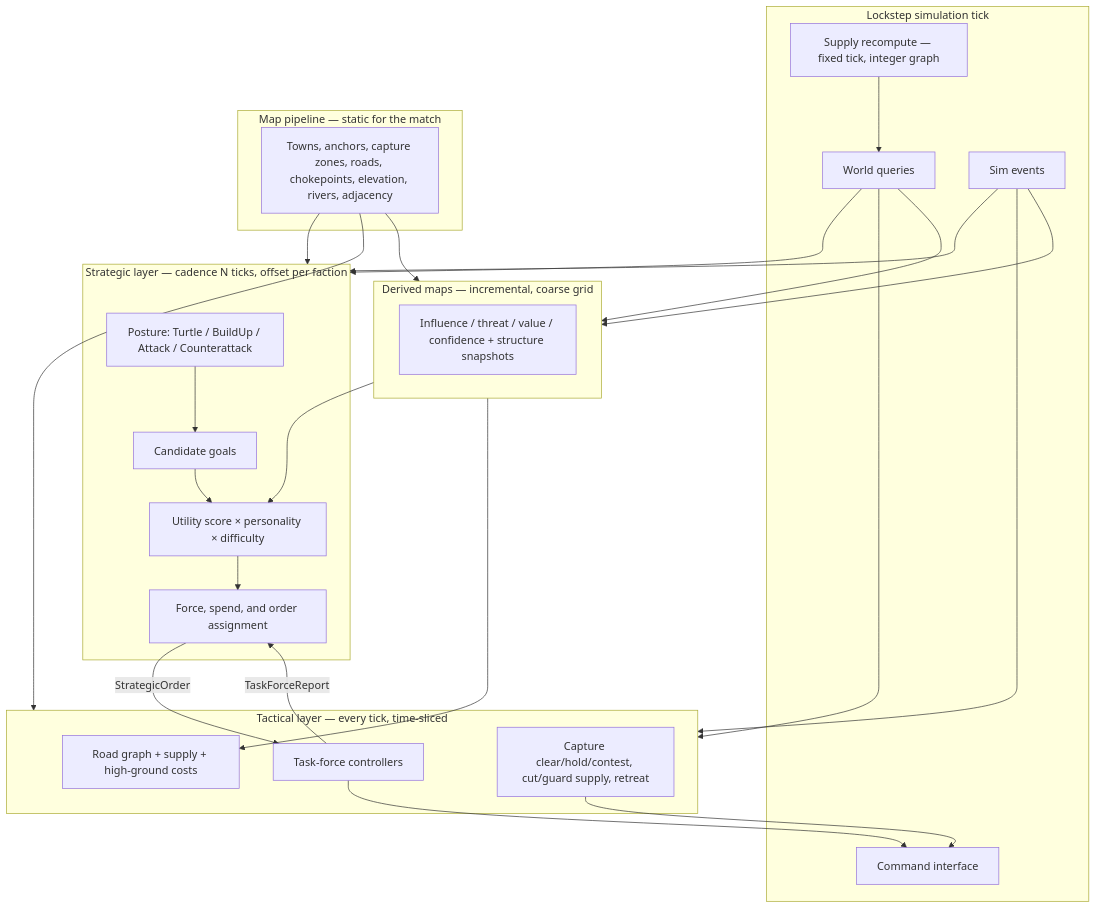
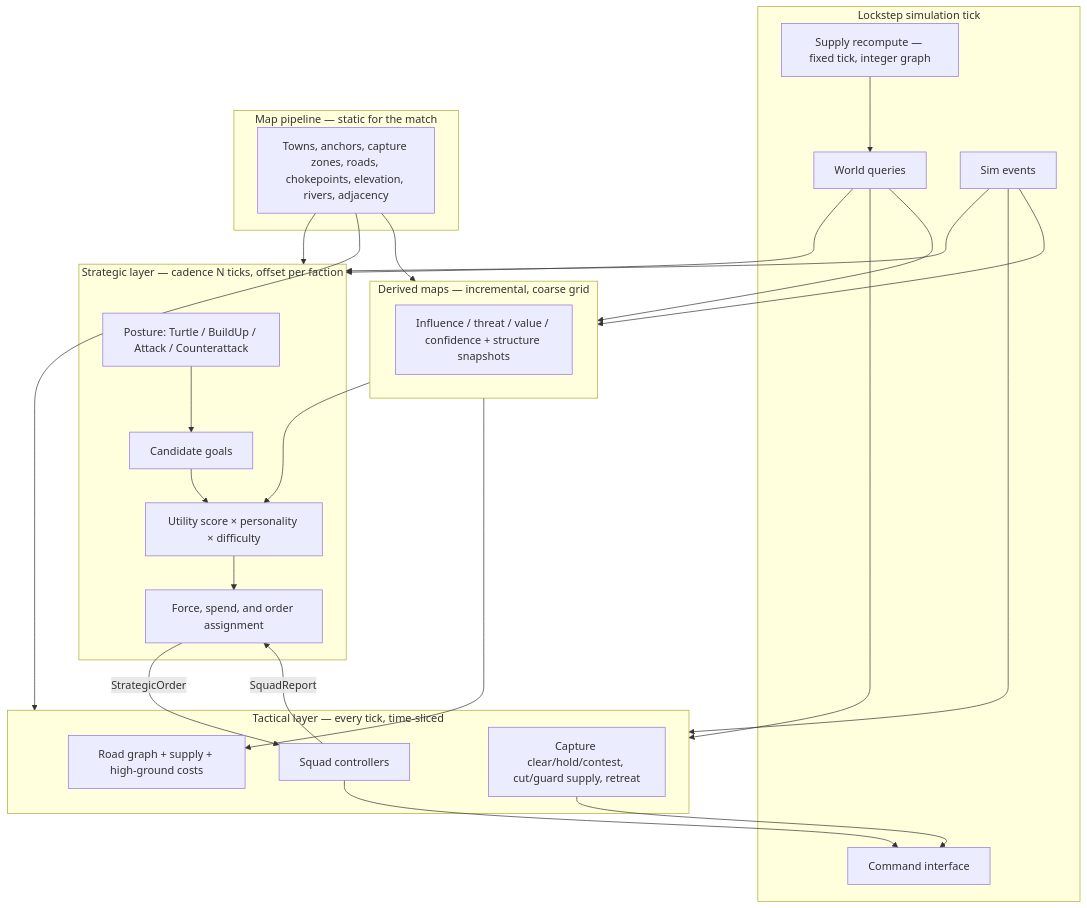
The diagram in docs/ai/enemy-ai-design.md (GarandWolf/wasteland-rts), drawn with Mermaid before and after one commit. The commit also changed other lines of this file, not shown here.

````diff
--- a/docs/ai/enemy-ai-design.md
+++ b/docs/ai/enemy-ai-design.md
@@ -101,50 +125,50 @@
 ```mermaid
 flowchart TB
   subgraph Sim["Lockstep simulation tick"]
     World["World queries"]
     Events["Sim events"]
     Cmd["Command interface"]
     Supply["Supply recompute — fixed tick, integer graph"]
   end
 
   subgraph Pipeline["Map pipeline — static for the match"]
     Contract["Towns, anchors, capture zones, roads, chokepoints, elevation, rivers, adjacency"]
   end
 
   subgraph Derived["Derived maps — incremental, coarse grid"]
     Inf["Influence / threat / value / confidence + structure snapshots"]
   end
 
   subgraph Strat["Strategic layer — cadence N ticks, offset per faction"]
     Posture["Posture: Turtle / BuildUp / Attack / Counterattack"]
     Cands["Candidate goals"]
     Score["Utility score × personality × difficulty"]
     Alloc["Force, spend, and order assignment"]
   end
 
   subgraph Tact["Tactical layer — every tick, time-sliced"]
-    Tf["Task-force controllers"]
+    Squads["Squad controllers"]
     Route["Road graph + supply + high-ground costs"]
     Fight["Capture clear/hold/contest, cut/guard supply, retreat"]
   end
 
   Contract --> Strat
   Contract --> Tact
   Contract --> Derived
   World --> Strat
   World --> Tact
   World --> Derived
   Supply --> World
   Events --> Strat
   Events --> Tact
   Events --> Derived
   Derived --> Score
   Derived --> Route
   Posture --> Cands
   Cands --> Score
   Score --> Alloc
-  Alloc -->|"StrategicOrder"| Tf
-  Tf -->|"TaskForceReport"| Alloc
+  Alloc -->|"StrategicOrder"| Squads
+  Squads -->|"SquadReport"| Alloc
   Fight --> Cmd
-  Tf --> Cmd
+  Squads --> Cmd
 ```
````
